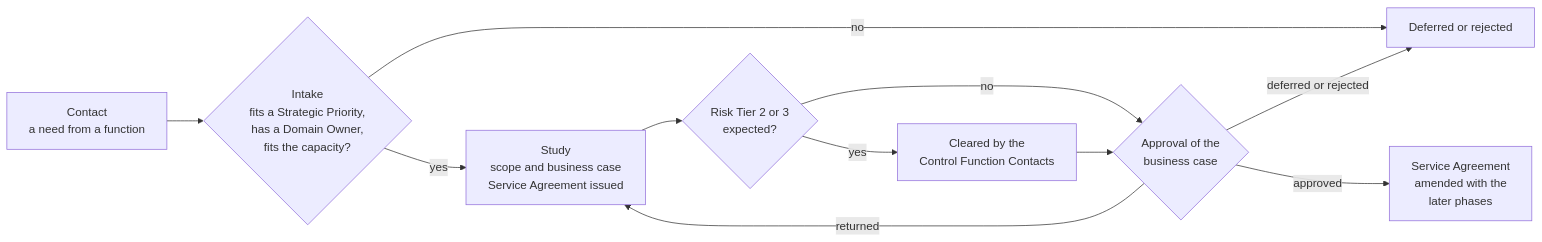
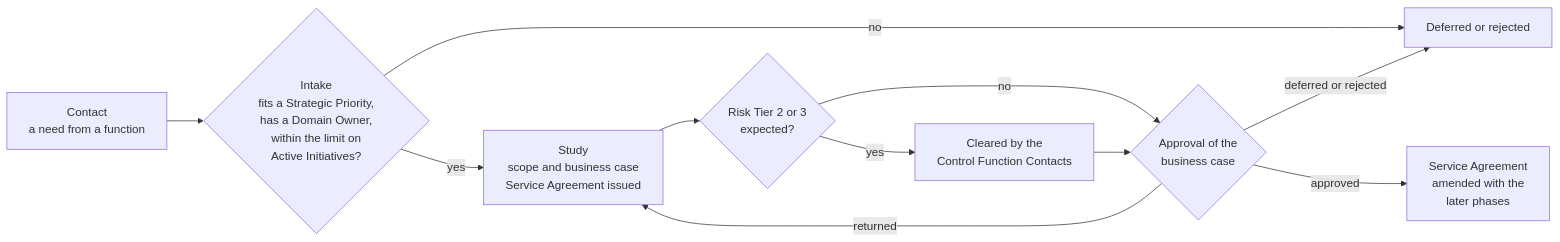
Before and after one commit to devhogu/ob-aicc: the first of 4 diagrams in charter/guides/engagement-guide.md, drawn with Mermaid. The commit also changed other lines of this file and 690 other files, not shown here.

First line of the commit message:
Charter baseline 1.0, templates and registry at baseline, and the charter site generated from the charter (DR-2026-060, DR-2026-061)

````diff
--- a/charter/guides/engagement-guide.md
+++ b/charter/guides/engagement-guide.md
@@ -27,13 +27,13 @@
 ```mermaid
 flowchart LR
-  C["Contact<br/>a need from a function"] --> IN{"Intake<br/>fits a Strategic Priority,<br/>has a Domain Owner,<br/>fits the capacity?"}
+  C["Contact<br/>a need from a function"] --> IN{"Intake<br/>fits a Strategic Priority,<br/>has a Domain Owner,<br/>within the limit on<br/>Active Initiatives?"}
   IN -->|"no"| DR["Deferred or rejected"]
   IN -->|"yes"| ST["Study<br/>scope and business case<br/>Service Agreement issued"]
   ST --> CL{"Risk Tier 2 or 3<br/>expected?"}
   CL -->|"yes"| CF["Cleared by the<br/>Control Function Contacts"]
   CL -->|"no"| AP
   CF --> AP{"Approval of the<br/>business case"}
   AP -->|"returned"| ST
   AP -->|"deferred or rejected"| DR
   AP -->|"approved"| SA["Service Agreement<br/>amended with the<br/>later phases"]
 ```
````
